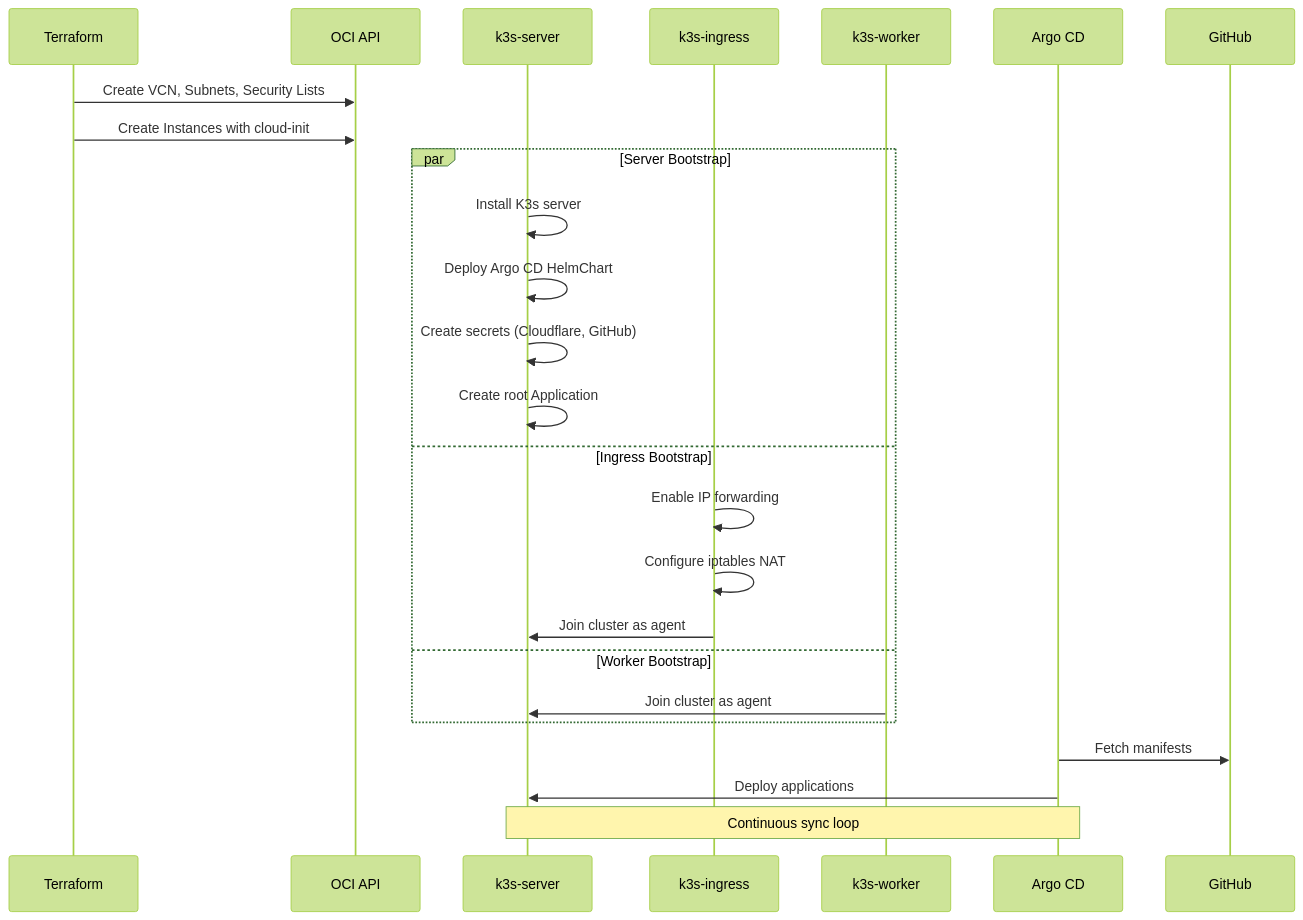
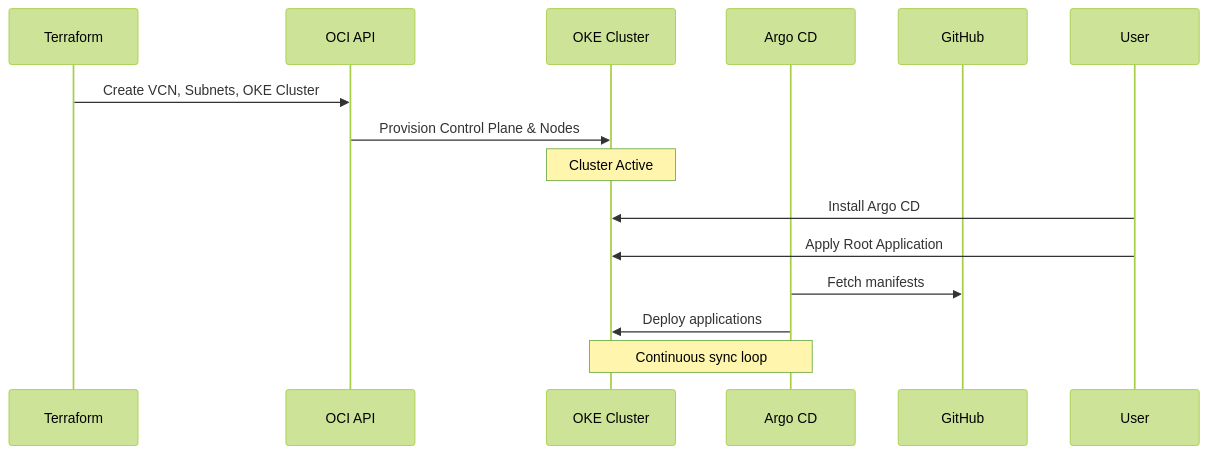
One commit to nsudhanva/k8s-oracle changed the second of 5 diagrams in docs/src/content/docs/architecture/overview.md. Above: the diagram before and after it, drawn with Mermaid (forest theme). The commit also changed other lines of this file and 16 other files, not shown here.

Commit message:
docs: update architecture to OKE and fix envoy gateway subnet

````diff
--- a/docs/src/content/docs/architecture/overview.md
+++ b/docs/src/content/docs/architecture/overview.md
@@ -65,30 +66,20 @@
 ```mermaid
 sequenceDiagram
     participant TF as Terraform
     participant OCI as OCI API
-    participant Server as k3s-server
-    participant Ingress as k3s-ingress
-    participant Worker as k3s-worker
+    participant OKE as OKE Cluster
     participant Argo as Argo CD
     participant GH as GitHub
 
-    TF->>OCI: Create VCN, Subnets, Security Lists
-    TF->>OCI: Create Instances with cloud-init
+    TF->>OCI: Create VCN, Subnets, OKE Cluster
+    OCI->>OKE: Provision Control Plane & Nodes
 
-    par Server Bootstrap
-        Server->>Server: Install K3s server
-        Server->>Server: Deploy Argo CD HelmChart
-        Server->>Server: Create secrets (Cloudflare, GitHub)
-        Server->>Server: Create root Application
-    and Ingress Bootstrap
-        Ingress->>Ingress: Enable IP forwarding
-        Ingress->>Ingress: Configure iptables NAT
-        Ingress->>Server: Join cluster as agent
-    and Worker Bootstrap
-        Worker->>Server: Join cluster as agent
-    end
+    Note over OKE: Cluster Active
+
+    User->>OKE: Install Argo CD
+    User->>OKE: Apply Root Application
 
     Argo->>GH: Fetch manifests
-    Argo->>Server: Deploy applications
-    Note over Argo,Server: Continuous sync loop
+    Argo->>OKE: Deploy applications
+    Note over Argo,OKE: Continuous sync loop
 ```
````
